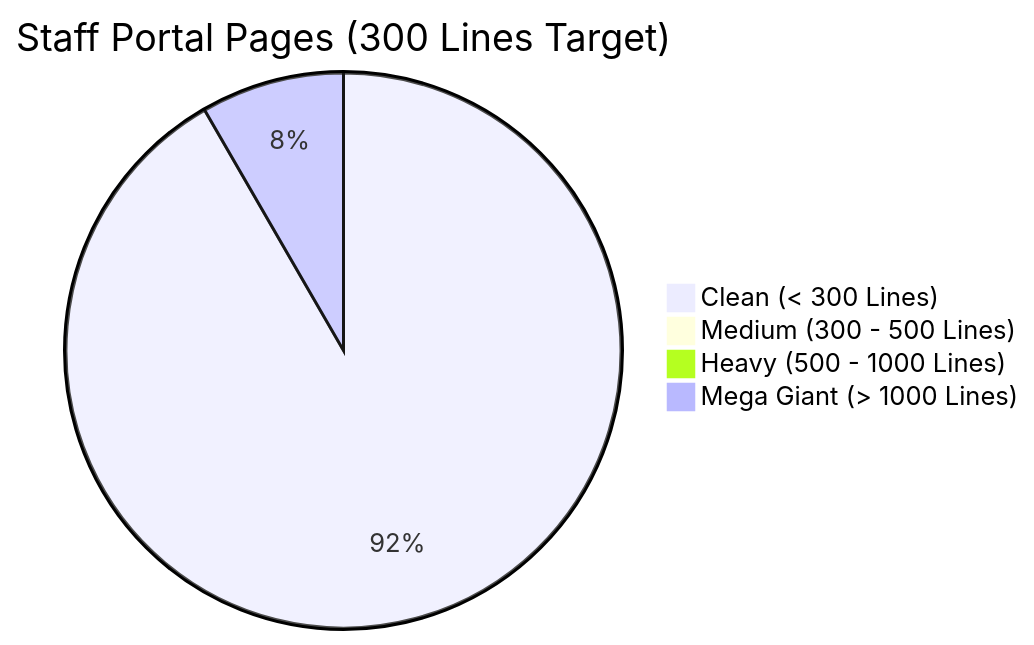
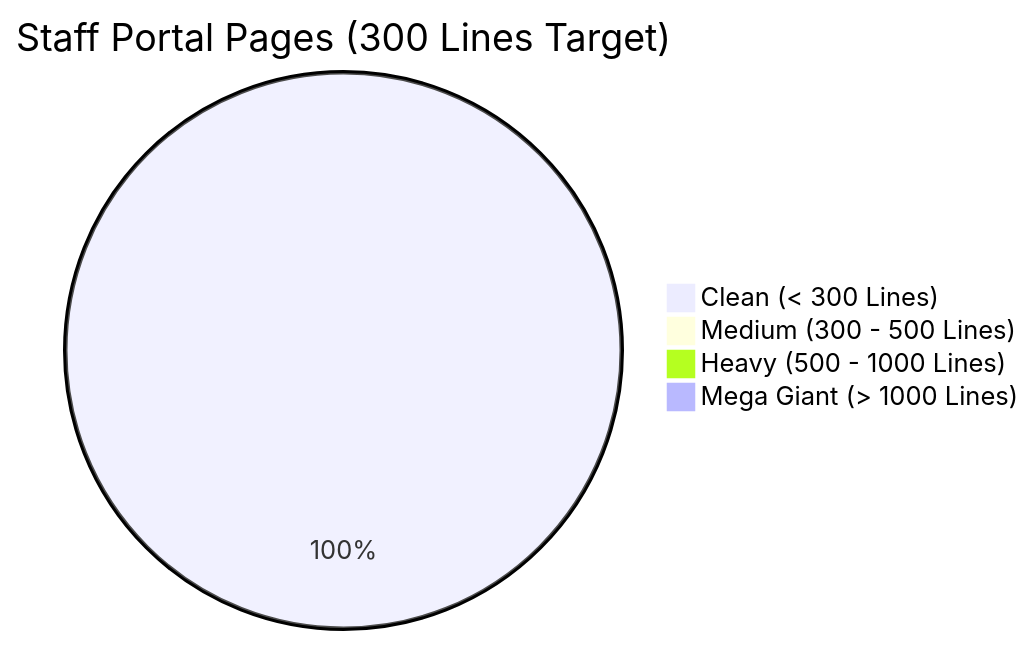
One commit to programmer-kabir/kabir-workspace changed the diagram in CreateiveComputerAcademy/STAFF_PORTAL_PAGE_AUDIT.md. Above: the diagram before and after it, drawn with Mermaid. The commit also changed other lines of this file and 69 other files, not shown here.

````diff
--- a/CreateiveComputerAcademy/STAFF_PORTAL_PAGE_AUDIT.md
+++ b/CreateiveComputerAcademy/STAFF_PORTAL_PAGE_AUDIT.md
@@ -14,7 +14,7 @@
 ```mermaid
 pie title Staff Portal Pages (300 Lines Target)
-    "Clean (< 300 Lines)" : 22
+    "Clean (< 300 Lines)" : 24
     "Medium (300 - 500 Lines)" : 0
     "Heavy (500 - 1000 Lines)" : 0
-    "Mega Giant (> 1000 Lines)" : 2
+    "Mega Giant (> 1000 Lines)" : 0
 ```
````
